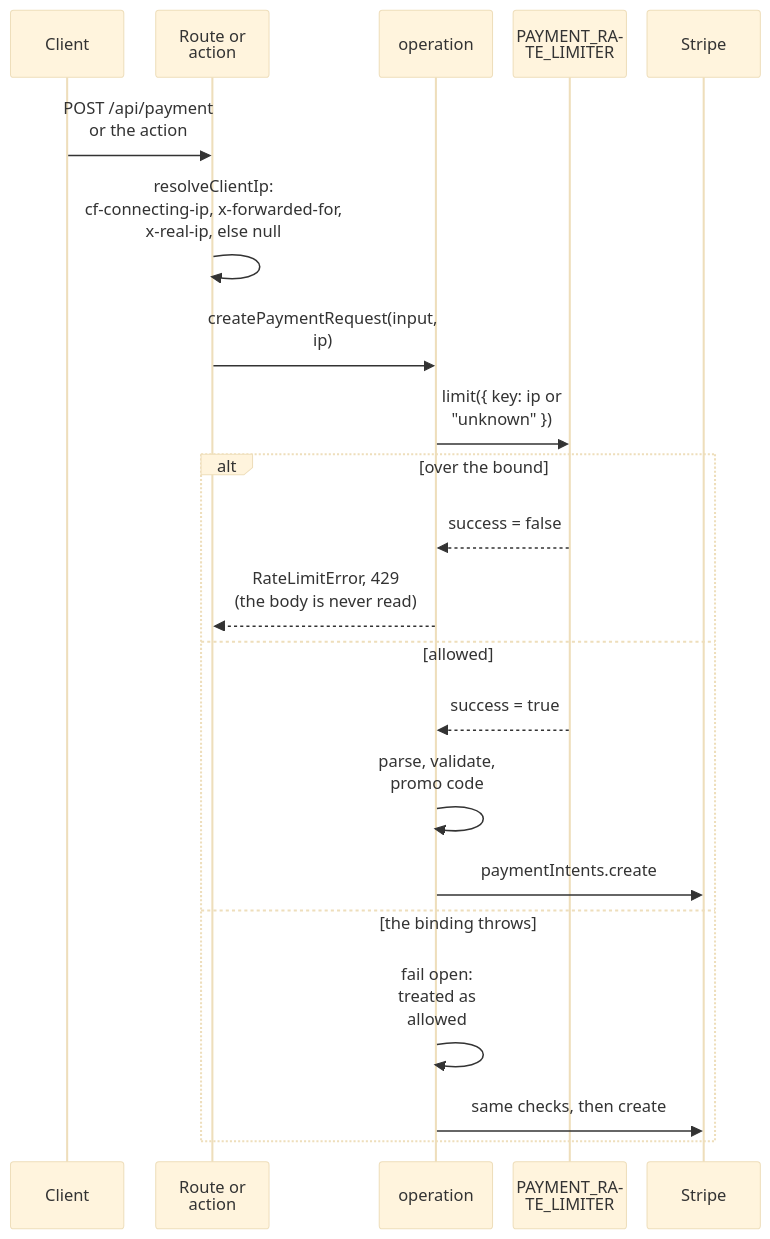
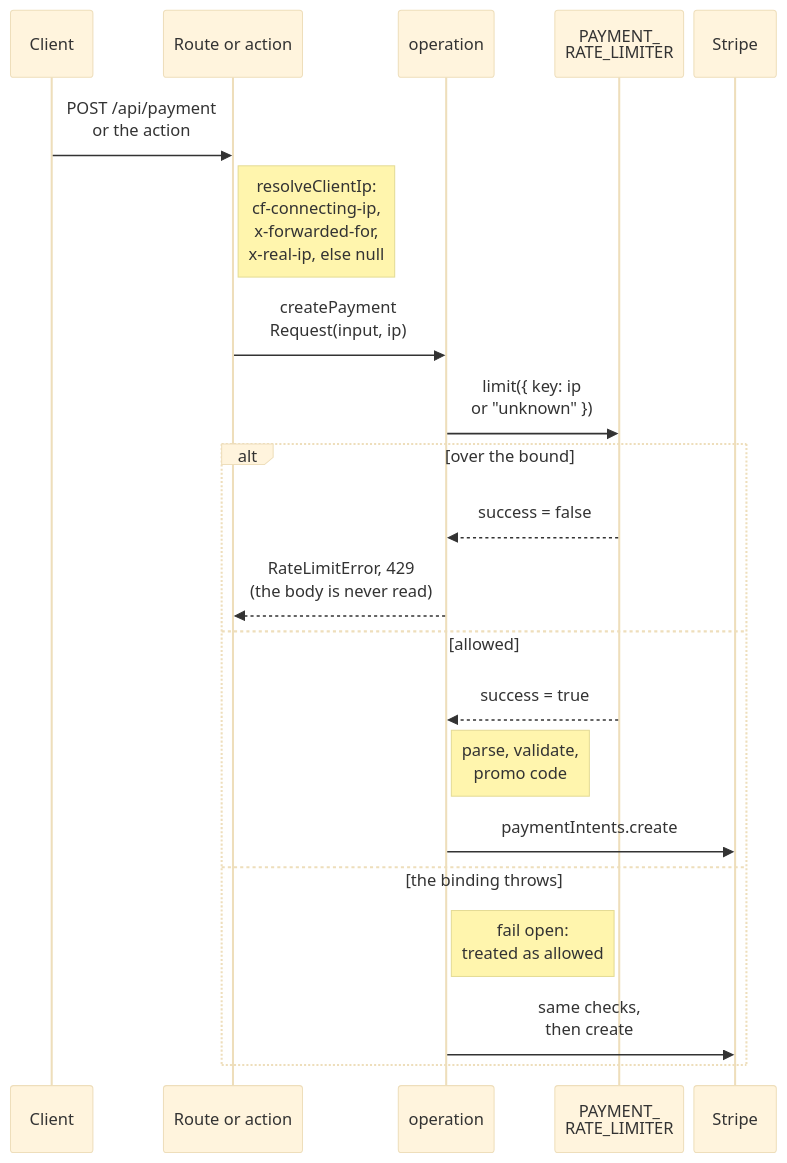
The diagram in apps/docs/src/content/docs/how-it-works/rate-limiting.mdx (fbuireu/forever-pto), drawn with Mermaid (base theme) before and after one commit. The commit also changed 26 other files, not shown here.

First line of the commit message:
docs(diagrams): fix split words, overlaps and oversized Mermaid diagrams

````diff
--- a/apps/docs/src/content/docs/how-it-works/rate-limiting.mdx
+++ b/apps/docs/src/content/docs/how-it-works/rate-limiting.mdx
@@ -12,32 +12,32 @@
 ```mermaid
 ---
 config:
   look: handDrawn
   layout: dagre
   sequence:
-    wrap: true
-    width: 110
-    actorMargin: 20
+    wrap: false
+    width: 80
+    actorMargin: 10
 ---
 sequenceDiagram
   participant C as Client
   participant R as Route or action
   participant OP as operation
-  participant L as PAYMENT_RATE_LIMITER
+  participant L as PAYMENT_<br/>RATE_LIMITER
   participant S as Stripe
-  C->>R: POST /api/payment or the action
-  R->>R: resolveClientIp:<br/>cf-connecting-ip, x-forwarded-for,<br/>x-real-ip, else null
-  R->>OP: createPaymentRequest(input, ip)
-  OP->>L: limit({ key: ip or "unknown" })
+  C->>R: POST /api/payment<br/>or the action
+  Note right of R: resolveClientIp:<br/>cf-connecting-ip,<br/>x-forwarded-for,<br/>x-real-ip, else null
+  R->>OP: createPayment<br/>Request(input, ip)
+  OP->>L: limit({ key: ip<br/>or "unknown" })
   alt over the bound
     L-->>OP: success = false
     OP-->>R: RateLimitError, 429<br/>(the body is never read)
   else allowed
     L-->>OP: success = true
-    OP->>OP: parse, validate, promo code
+    Note right of OP: parse, validate,<br/>promo code
     OP->>S: paymentIntents.create
   else the binding throws
-    OP->>OP: fail open: treated as allowed
-    OP->>S: same checks, then create
+    Note right of OP: fail open:<br/>treated as allowed
+    OP->>S: same checks,<br/>then create
   end
 ```
````
